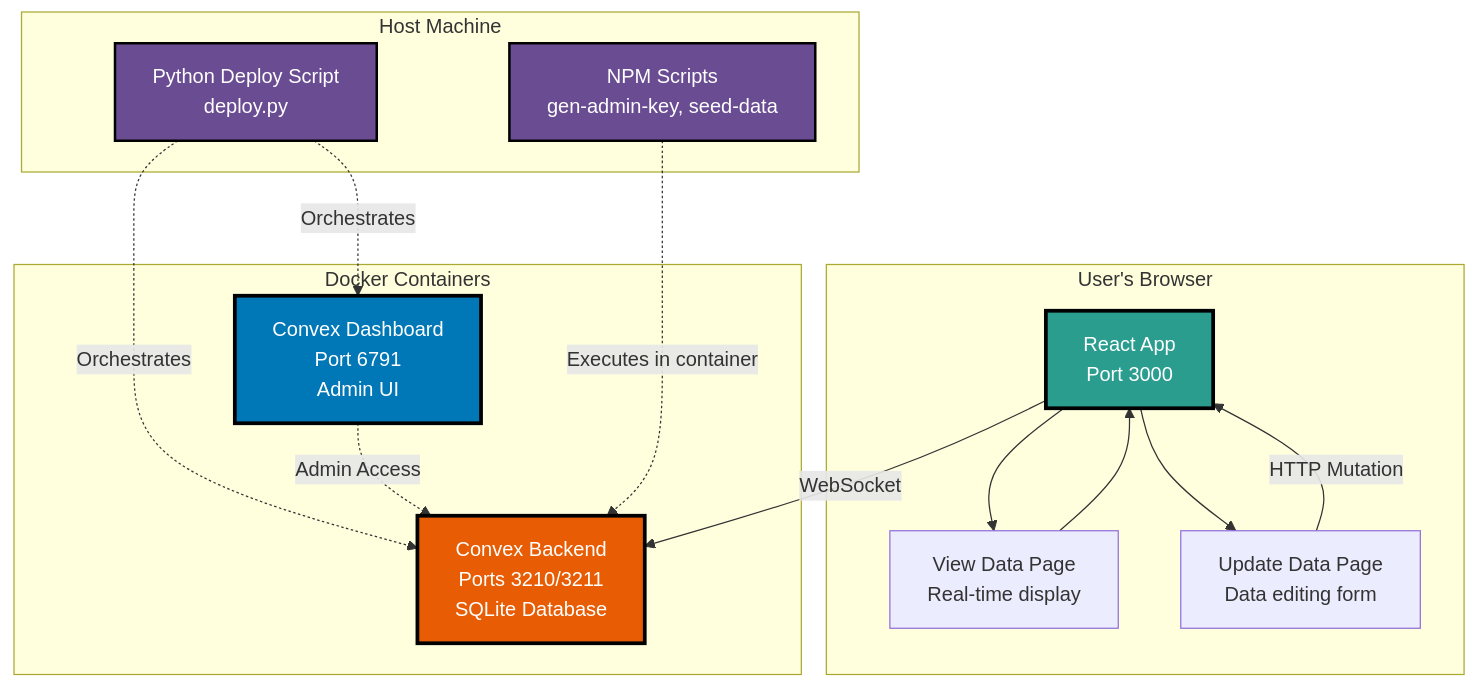
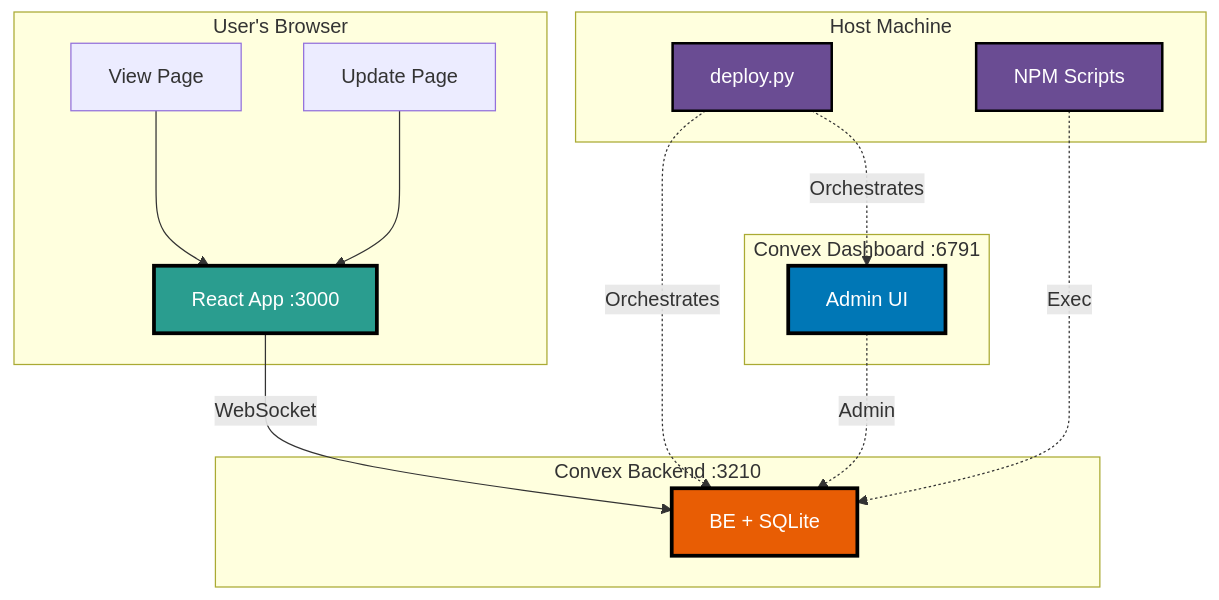
Before and after one commit to whezagl/convex-poc: the first of 2 diagrams in README.md, drawn with Mermaid. The commit also changed 2 other files, not shown here.

Commit message:
fix: align mermaid diagram boxes and labels for consistency
- Fix box alignment in MERMAID_COLOR_CONTRAST.md summary card
- Simplify diagram labels in README.md for better readability
- Update subgraph label in SELF_HOSTED_SETUP_GUIDE.md

````diff
--- a/README.md
+++ b/README.md
@@ -17,35 +17,35 @@
 ```mermaid
 graph TB
-    subgraph "User's Browser"
-        A[React App<br/>Port 3000]
-        B[View Data Page<br/>Real-time display]
-        C[Update Data Page<br/>Data editing form]
+    subgraph Browser["User's Browser"]
+        A[React App :3000]
+        B[View Page]
+        C[Update Page]
     end
 
-    subgraph "Docker Containers"
-        D[Convex Backend<br/>Ports 3210/3211<br/>SQLite Database]
-        E[Convex Dashboard<br/>Port 6791<br/>Admin UI]
+    subgraph Backend["Convex Backend :3210"]
+        D[BE + SQLite]
     end
 
-    subgraph "Host Machine"
-        F[Python Deploy Script<br/>deploy.py]
-        G[NPM Scripts<br/>gen-admin-key, seed-data]
+    subgraph Dashboard["Convex Dashboard :6791"]
+        E[Admin UI]
     end
 
+    subgraph Host["Host Machine"]
+        F[deploy.py]
+        G[NPM Scripts]
+    end
+
+    B --> A
+    C --> A
     A -->|WebSocket| D
-    B --> A
-    C -->|HTTP Mutation| A
-    A --> B
-    A --> C
-
     F -.->|Orchestrates| D
     F -.->|Orchestrates| E
-    E -.->|Admin Access| D
-    G -.->|Executes in container| D
+    E -.->|Admin| D
+    G -.->|Exec| D
 
     style D fill:#E85D04,stroke:#000,stroke-width:3px,color:#fff
     style E fill:#0077B6,stroke:#000,stroke-width:3px,color:#fff
     style A fill:#2A9D8F,stroke:#000,stroke-width:3px,color:#fff
     style F fill:#6A4C93,stroke:#000,stroke-width:2px,color:#fff
     style G fill:#6A4C93,stroke:#000,stroke-width:2px,color:#fff
 ```
````
